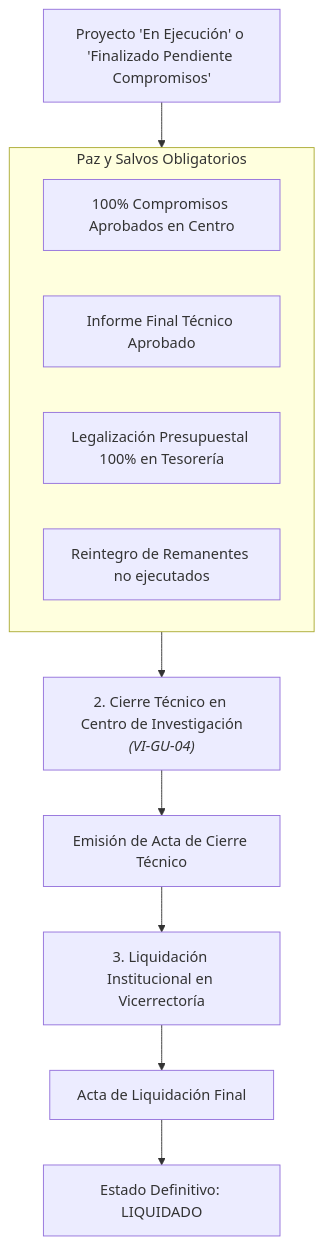
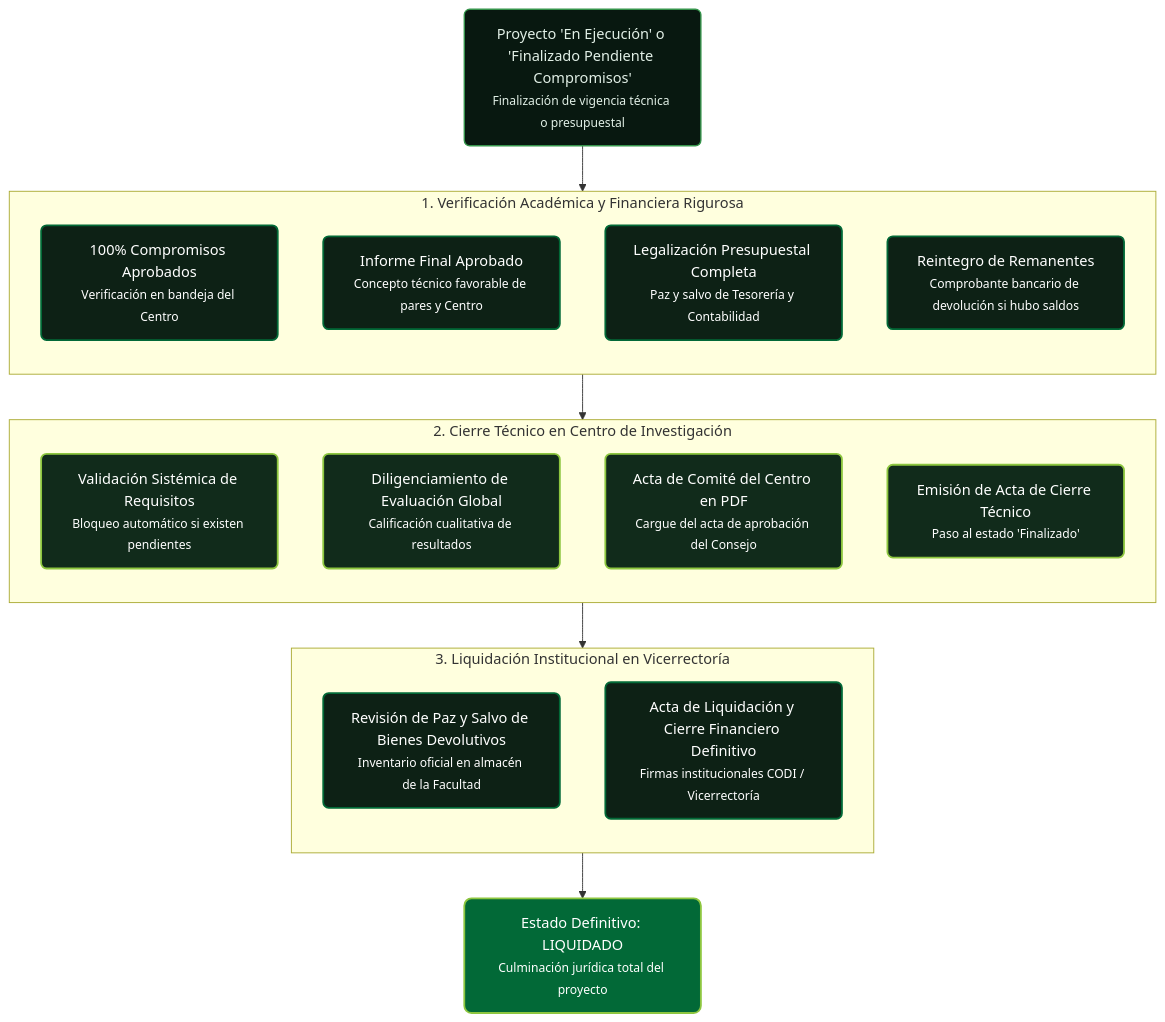
Before and after one commit to Colors-svg/Wiki: the diagram in docs/02_PROCESOS_CLAVE/Cierre_y_Liquidacion.md, drawn with Mermaid. The commit also changed 79 other files, not shown here.

Commit message:
style: aplicar paleta institucional UdeA, animacion surrounding glow y diagramas modulares

````diff
--- a/docs/02_PROCESOS_CLAVE/Cierre_y_Liquidacion.md
+++ b/docs/02_PROCESOS_CLAVE/Cierre_y_Liquidacion.md
@@ -5,18 +5,37 @@
 ```mermaid
 flowchart TD
-    EJEC["Proyecto 'En Ejecución' o 'Finalizado Pendiente Compromisos'"] --> VERIF["1. Verificación Académica y Financiera"]
-    
-    subgraph VERIF["Paz y Salvos Obligatorios"]
-        V1["100% Compromisos Aprobados en Centro"]
-        V2["Informe Final Técnico Aprobado"]
-        V3["Legalización Presupuestal 100% en Tesorería"]
-        V4["Reintegro de Remanentes no ejecutados"]
+    classDef estado fill:#081810,stroke:#35944B,stroke-width:1.5px,color:#E1EFE6,rx:6px,ry:6px;
+    classDef verif fill:#0D2115,stroke:#026937,stroke-width:2px,color:#FFFFFF,rx:6px,ry:6px;
+    classDef acta fill:#112B1B,stroke:#8DC63F,stroke-width:2px,color:#FFFFFF,rx:6px,ry:6px;
+    classDef final fill:#026937,stroke:#8DC63F,stroke-width:2px,color:#FFFFFF,rx:8px,ry:8px;
+
+    EJEC["Proyecto 'En Ejecución' o 'Finalizado Pendiente Compromisos'<br><small>Finalización de vigencia técnica o presupuestal</small>"]:::estado --> VERIF
+
+    subgraph VERIF ["1. Verificación Académica y Financiera Rigurosa"]
+        direction TB
+        V1["100% Compromisos Aprobados<br><small>Verificación en bandeja del Centro</small>"]:::verif
+        V2["Informe Final Aprobado<br><small>Concepto técnico favorable de pares y Centro</small>"]:::verif
+        V3["Legalización Presupuestal Completa<br><small>Paz y salvo de Tesorería y Contabilidad</small>"]:::verif
+        V4["Reintegro de Remanentes<br><small>Comprobante bancario de devolución si hubo saldos</small>"]:::verif
     end
 
-    VERIF --> CIERRE_CEN["2. Cierre Técnico en Centro de Investigación<br><i>(VI-GU-04)</i>"]
-    CIERRE_CEN --> ACTA_CIERRE["Emisión de Acta de Cierre Técnico"]
-    
-    ACTA_CIERRE --> LIQ_VIC["3. Liquidación Institucional en Vicerrectoría"]
-    LIQ_VIC --> ACTA_LIQ["Acta de Liquidación Final"]
-    ACTA_LIQ --> ESTADO_LIQ["Estado Definitivo: LIQUIDADO"]
+    VERIF --> CIERRE_CEN
+
+    subgraph CIERRE_CEN ["2. Cierre Técnico en Centro de Investigación"]
+        direction TB
+        C1["Validación Sistémica de Requisitos<br><small>Bloqueo automático si existen pendientes</small>"]:::acta
+        C2["Diligenciamiento de Evaluación Global<br><small>Calificación cualitativa de resultados</small>"]:::acta
+        C3["Acta de Comité del Centro en PDF<br><small>Cargue del acta de aprobación del Consejo</small>"]:::acta
+        C4["Emisión de Acta de Cierre Técnico<br><small>Paso al estado 'Finalizado'</small>"]:::acta
+    end
+
+    CIERRE_CEN --> LIQ_VIC
+
+    subgraph LIQ_VIC ["3. Liquidación Institucional en Vicerrectoría"]
+        direction TB
+        L1["Revisión de Paz y Salvo de Bienes Devolutivos<br><small>Inventario oficial en almacén de la Facultad</small>"]:::verif
+        L2["Acta de Liquidación y Cierre Financiero Definitivo<br><small>Firmas institucionales CODI / Vicerrectoría</small>"]:::verif
+    end
+
+    LIQ_VIC --> ESTADO_LIQ["Estado Definitivo: LIQUIDADO<br><small>Culminación jurídica total del proyecto</small>"]:::final
 ```
````
